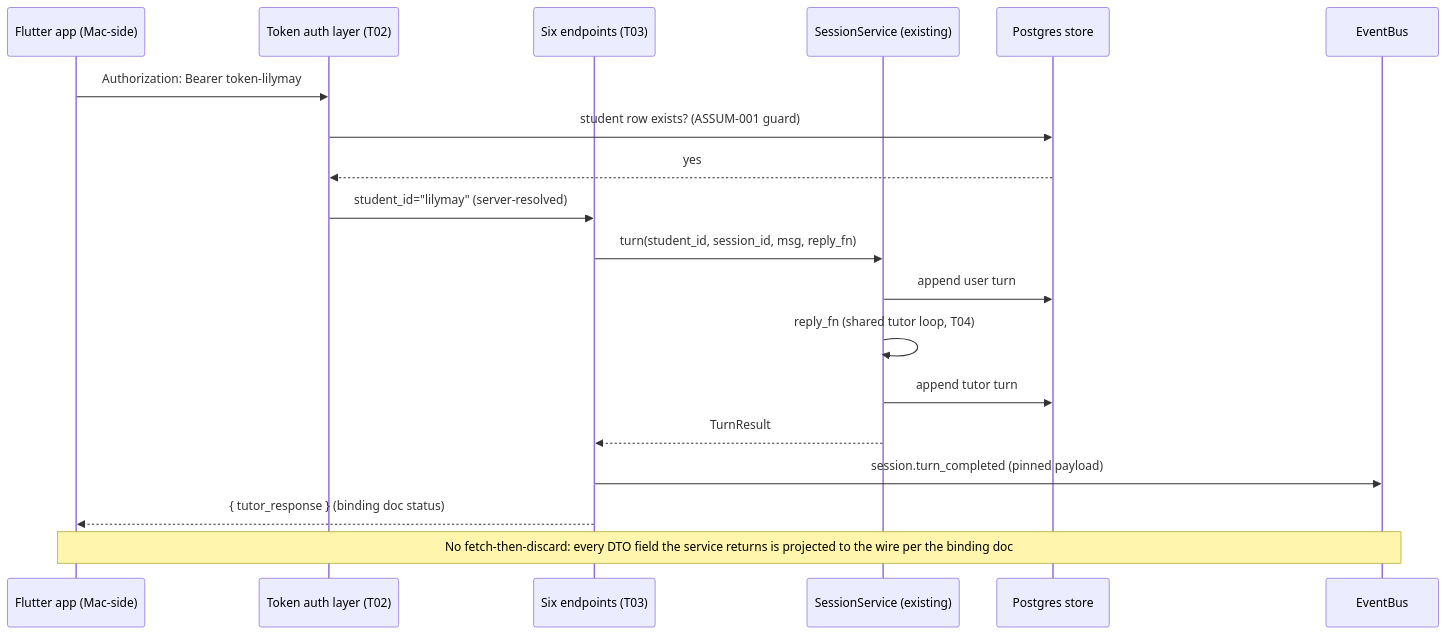
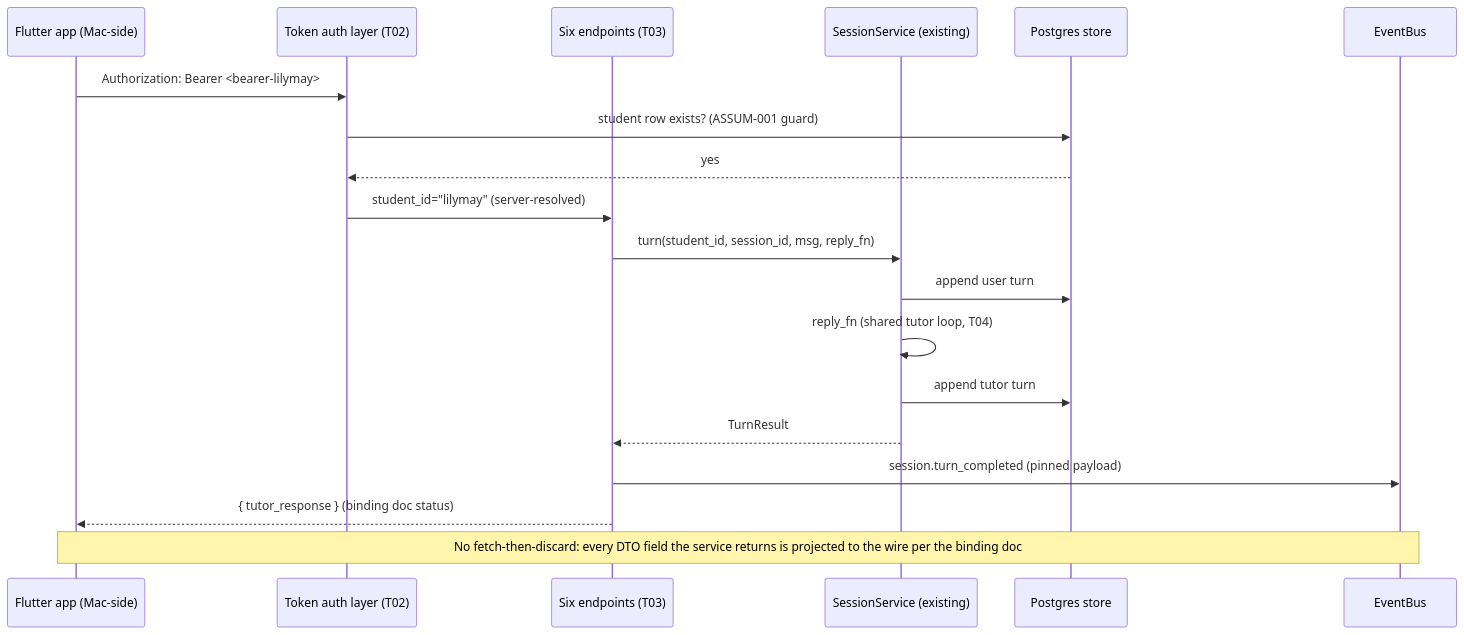
Before and after one commit to guardkit/study-tutor: the second of 3 diagrams in tasks/completed/http-app-access-adapter/IMPLEMENTATION-GUIDE.md, drawn with Mermaid. The commit also changed other lines of this file and 18 other files, not shown here.

````diff
--- a/tasks/completed/http-app-access-adapter/IMPLEMENTATION-GUIDE.md
+++ b/tasks/completed/http-app-access-adapter/IMPLEMENTATION-GUIDE.md
@@ -64,22 +64,22 @@
 ```mermaid
 sequenceDiagram
     participant App as Flutter app (Mac-side)
     participant Auth as Token auth layer (T02)
     participant Routes as Six endpoints (T03)
     participant Svc as SessionService (existing)
     participant Store as Postgres store
     participant Bus as EventBus
 
-    App->>Auth: Authorization: Bearer token-lilymay
+    App->>Auth: Authorization: Bearer <bearer-lilymay>
     Auth->>Store: student row exists? (ASSUM-001 guard)
     Store-->>Auth: yes
     Auth->>Routes: student_id="lilymay" (server-resolved)
     Routes->>Svc: turn(student_id, session_id, msg, reply_fn)
     Svc->>Store: append user turn
     Svc->>Svc: reply_fn (shared tutor loop, T04)
     Svc->>Store: append tutor turn
     Svc-->>Routes: TurnResult
     Routes->>Bus: session.turn_completed (pinned payload)
     Routes-->>App: { tutor_response } (binding doc status)
     Note over App,Bus: No fetch-then-discard: every DTO field the service returns is projected to the wire per the binding doc
 ```
````
